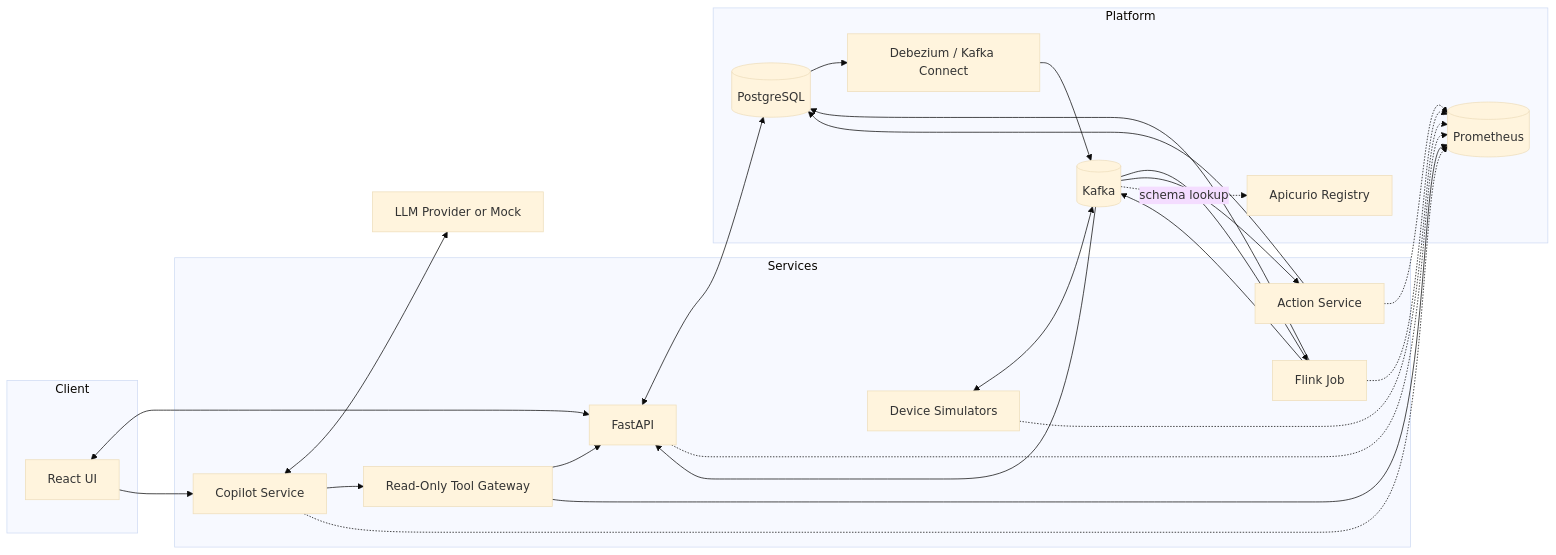
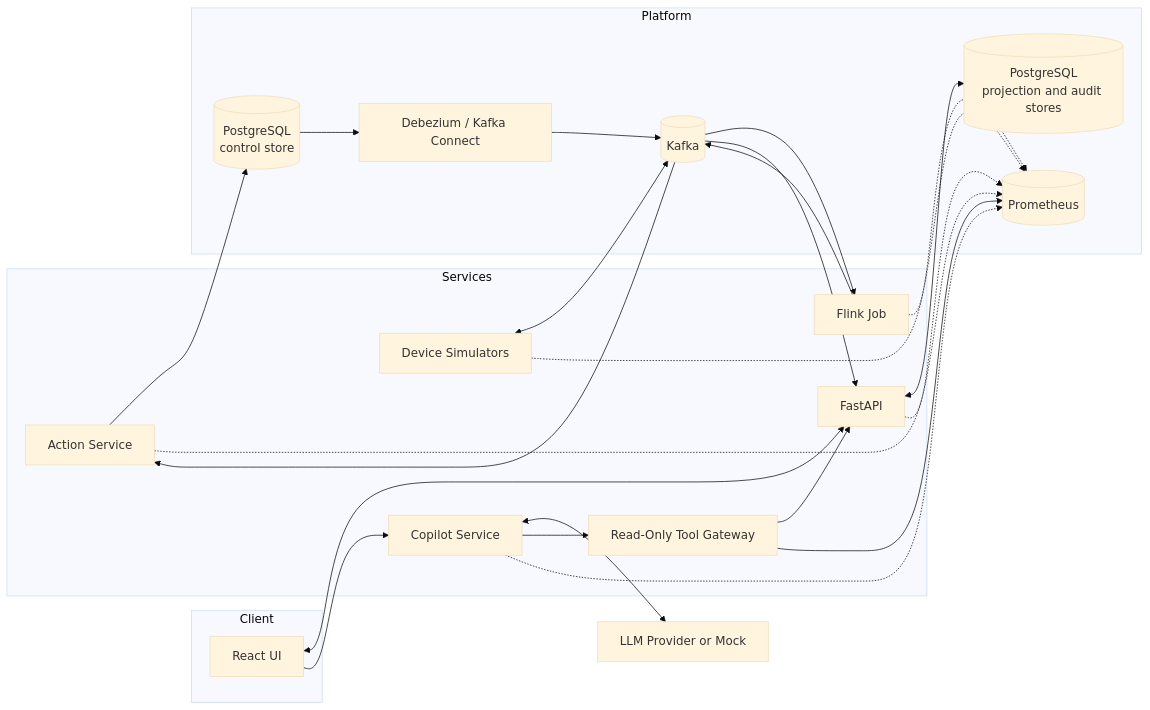
The first of 2 diagrams in docs/design/SYSTEM_DESIGN.md (snkprdhn/CMPE-273-Group-10-Project), drawn with Mermaid (base theme) before and after one commit. The commit also changed other lines of this file and 35 other files, not shown here.

````diff
--- a/docs/design/SYSTEM_DESIGN.md
+++ b/docs/design/SYSTEM_DESIGN.md
@@ -81,45 +81,43 @@
 ```mermaid
 flowchart LR
     subgraph Client
         UI[React UI]
     end
     subgraph Services
         API[FastAPI]
         ACTION[Action Service]
         SIM[Device Simulators]
         FLINK[Flink Job]
         AGENT[Copilot Service]
         TOOLS[Read-Only Tool Gateway]
     end
     subgraph Platform
         KAFKA[(Kafka)]
-        DB[(PostgreSQL)]
+        CONTROL_DB[(PostgreSQL<br/>control store)]
+        READ_DB[(PostgreSQL<br/>projection and audit stores)]
         CDC[Debezium / Kafka Connect]
-        SCHEMA[Apicurio Registry]
         PROM[(Prometheus)]
     end
     MODEL[LLM Provider or Mock]
 
     SIM <--> KAFKA
     KAFKA --> FLINK
     FLINK --> KAFKA
     KAFKA --> ACTION
-    ACTION --> DB
-    DB --> CDC
+    ACTION --> CONTROL_DB
+    CONTROL_DB --> CDC
     CDC --> KAFKA
-    FLINK --> DB
-    API <--> DB
+    API <--> READ_DB
     KAFKA --> API
     UI <--> API
     UI --> AGENT
     AGENT <--> MODEL
     AGENT --> TOOLS
     TOOLS --> API
     TOOLS --> PROM
     SIM -.-> PROM
     FLINK -.-> PROM
     ACTION -.-> PROM
     API -.-> PROM
     AGENT -.-> PROM
-    KAFKA -.schema lookup.-> SCHEMA
 ```
````
